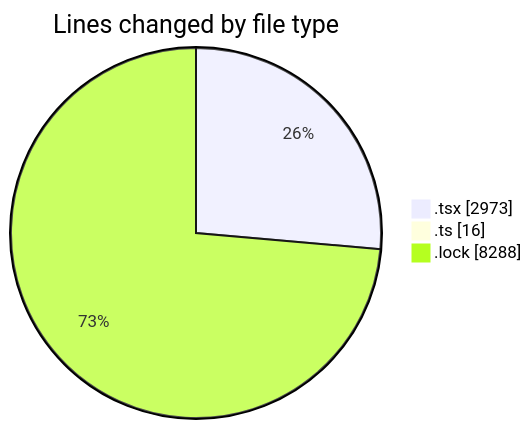
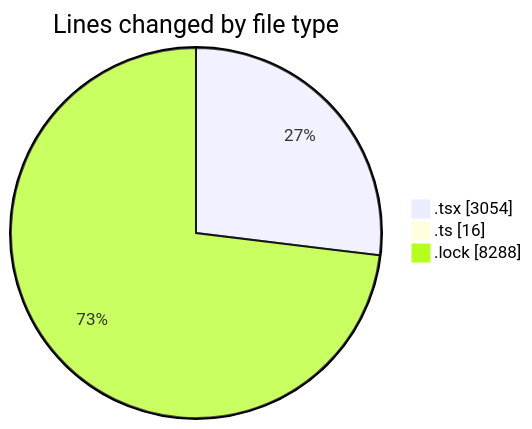
The first of 2 diagrams in 2025-11-07/cda/README.md (momahboobian/code-tracking), drawn with Mermaid before and after one commit. The commit also changed other lines of this file and 1 other file, not shown here.

````diff
--- a/2025-11-07/cda/README.md
+++ b/2025-11-07/cda/README.md
@@ -23,7 +24,7 @@
 ```mermaid
 pie showData
 title Lines changed by file type
-".tsx" : 2973
+".tsx" : 3054
 ".ts" : 16
 ".lock" : 8288
 ```
````
